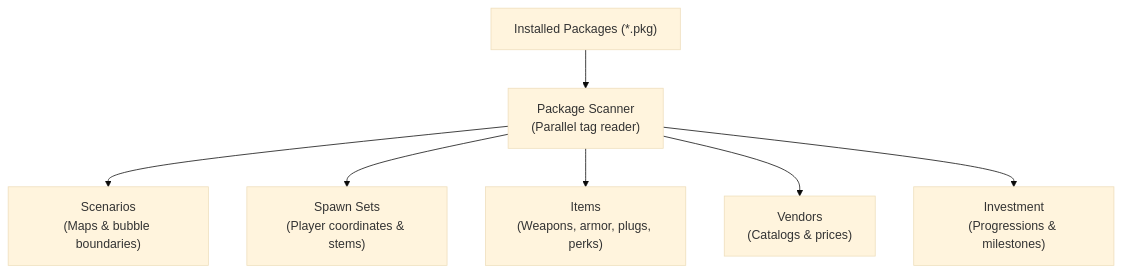
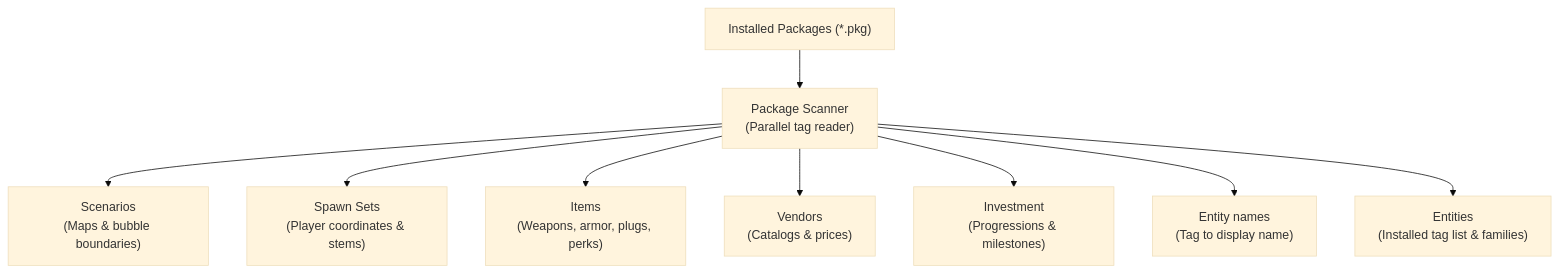
Before and after one commit to WingSMC/fork-sunrise: the second of 2 diagrams in docs/package-and-content-system.md, drawn with Mermaid (base theme). The commit also changed other lines of this file and 28 other files, not shown here.

````diff
--- a/docs/package-and-content-system.md
+++ b/docs/package-and-content-system.md
@@ -100,9 +100,11 @@
 ```mermaid
 graph TD
     Packages["Installed Packages (*.pkg)"] --> Scanner["Package Scanner<br/>(Parallel tag reader)"]
     Scanner --> Scenarios["Scenarios<br/>(Maps & bubble boundaries)"]
     Scanner --> SpawnSets["Spawn Sets<br/>(Player coordinates & stems)"]
     Scanner --> Items["Items<br/>(Weapons, armor, plugs, perks)"]
     Scanner --> Vendors["Vendors<br/>(Catalogs & prices)"]
     Scanner --> Investment["Investment<br/>(Progressions & milestones)"]
+    Scanner --> EntityNames["Entity names<br/>(Tag to display name)"]
+    Scanner --> Entities["Entities<br/>(Installed tag list & families)"]
 ```
````
